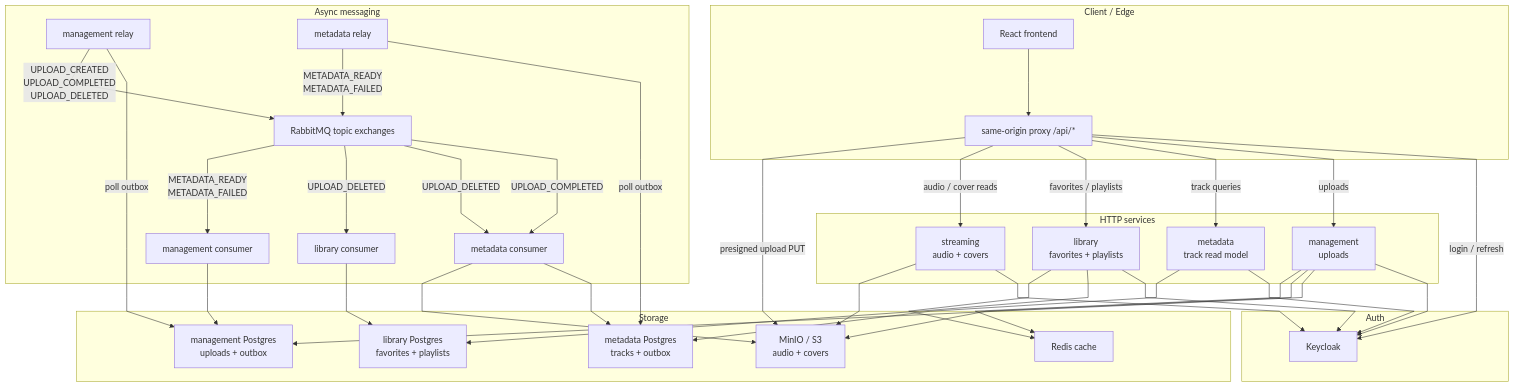
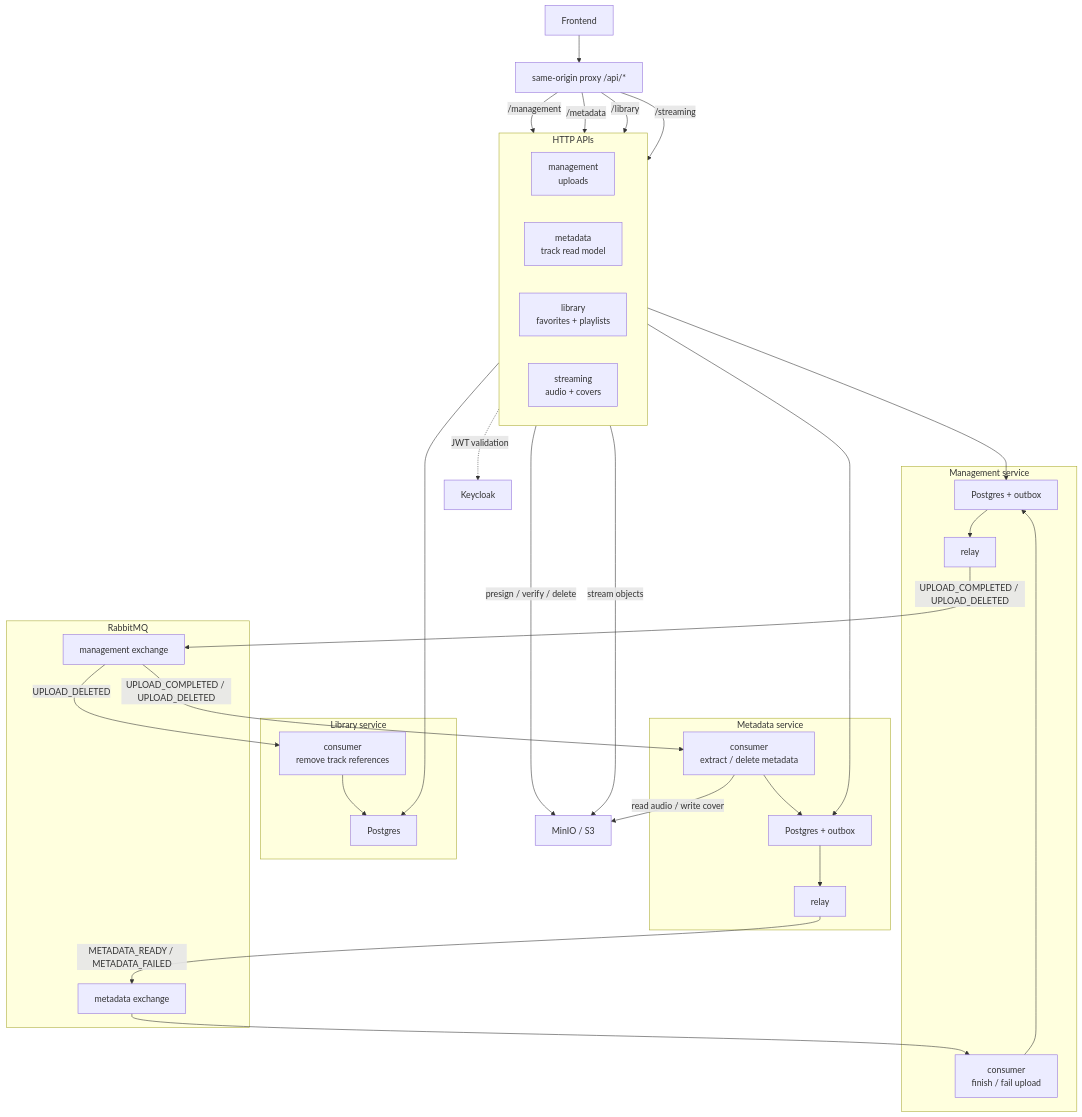
Before and after one commit to slckdm/Tempo: the first of 2 diagrams in readme.md, drawn with Mermaid. The commit also changed other lines of this file, not shown here.

Commit message:
docs: update readme diagram

````diff
--- a/readme.md
+++ b/readme.md
@@ -11,79 +11,59 @@
 ```mermaid
-%%{init: {"flowchart": {"curve": "linear"}} }%%
 flowchart TB
-  subgraph Client["Client / Edge"]
-    FE["React frontend"]
-    Proxy["same-origin proxy /api/*"]
-    FE --> Proxy
-  end
+  FE["Frontend"] --> PX["same-origin proxy /api/*"]
 
-  subgraph Auth["Auth"]
-    KC["Keycloak"]
-  end
-
-  subgraph APIs["HTTP services"]
+  subgraph HTTP["HTTP APIs"]
+    direction LR
     MAPI["management<br/>uploads"]
     METAAPI["metadata<br/>track read model"]
     LIBAPI["library<br/>favorites + playlists"]
-    STRAPI["streaming<br/>audio + covers"]
+    STREAMAPI["streaming<br/>audio + covers"]
   end
 
-  subgraph Data["Storage"]
-    S3["MinIO / S3<br/>audio + covers"]
-    MDB["management Postgres<br/>uploads + outbox"]
-    METADB["metadata Postgres<br/>tracks + outbox"]
-    LIBDB["library Postgres<br/>favorites + playlists"]
-    Redis["Redis cache"]
+  PX -->|/management| MAPI
+  PX -->|/metadata| METAAPI
+  PX -->|/library| LIBAPI
+  PX -->|/streaming| STREAMAPI
+
+  subgraph Management["Management service"]
+    MDB["Postgres + outbox"]
+    MRELAY["relay"]
+    MCONSUMER["consumer<br/>finish / fail upload"]
+    MAPI --> MDB --> MRELAY
+    MCONSUMER --> MDB
   end
 
-  subgraph Messaging["Async messaging"]
-    RMQ["RabbitMQ topic exchanges"]
-
-    MRelay["management relay"]
-    METAConsumer["metadata consumer"]
-    METARelay["metadata relay"]
-    MConsumer["management consumer"]
-    LIBConsumer["library consumer"]
+  subgraph Metadata["Metadata service"]
+    METADB["Postgres + outbox"]
+    METARELAY["relay"]
+    METACONSUMER["consumer<br/>extract / delete metadata"]
+    METAAPI --> METADB
+    METACONSUMER --> METADB --> METARELAY
   end
 
-  Proxy -->|login / refresh| KC
-  Proxy -->|uploads| MAPI
-  Proxy -->|track queries| METAAPI
-  Proxy -->|favorites / playlists| LIBAPI
-  Proxy -->|audio / cover reads| STRAPI
-  Proxy -->|presigned upload PUT| S3
+  subgraph Library["Library service"]
+    LIBDB["Postgres"]
+    LIBCONSUMER["consumer<br/>remove track references"]
+    LIBAPI --> LIBDB
+    LIBCONSUMER --> LIBDB
+  end
 
-  MAPI --> KC
-  METAAPI --> KC
-  LIBAPI --> KC
-  STRAPI --> KC
+  subgraph AMQP["RabbitMQ"]
+    MX["management exchange"]
+    METAX["metadata exchange"]
+  end
 
-  MAPI --> MDB
-  MAPI --> S3
-  MAPI --> Redis
+  MRELAY -->|UPLOAD_COMPLETED / UPLOAD_DELETED| MX
+  MX -->|UPLOAD_COMPLETED / UPLOAD_DELETED| METACONSUMER
+  MX -->|UPLOAD_DELETED| LIBCONSUMER
+  METARELAY -->|METADATA_READY / METADATA_FAILED| METAX
+  METAX --> MCONSUMER
 
-  METAAPI --> METADB
+  S3["MinIO / S3"]
+  MAPI -->|presign / verify / delete| S3
+  METACONSUMER -->|read audio / write cover| S3
+  STREAMAPI -->|stream objects| S3
 
-  LIBAPI --> LIBDB
-  LIBAPI --> Redis
-
-  STRAPI --> S3
-
-  MRelay -->|poll outbox| MDB
-  MRelay -->|UPLOAD_CREATED<br/>UPLOAD_COMPLETED<br/>UPLOAD_DELETED| RMQ
-
-  RMQ -->|UPLOAD_COMPLETED| METAConsumer
-  RMQ -->|UPLOAD_DELETED| METAConsumer
-  RMQ -->|UPLOAD_DELETED| LIBConsumer
-
-  METAConsumer --> METADB
-  METAConsumer --> S3
-
-  METARelay -->|poll outbox| METADB
-  METARelay -->|METADATA_READY<br/>METADATA_FAILED| RMQ
-
-  RMQ -->|METADATA_READY<br/>METADATA_FAILED| MConsumer
-  MConsumer --> MDB
-
-  LIBConsumer --> LIBDB
+  KC["Keycloak"]
+  HTTP -.->|JWT validation| KC
 ```
````
